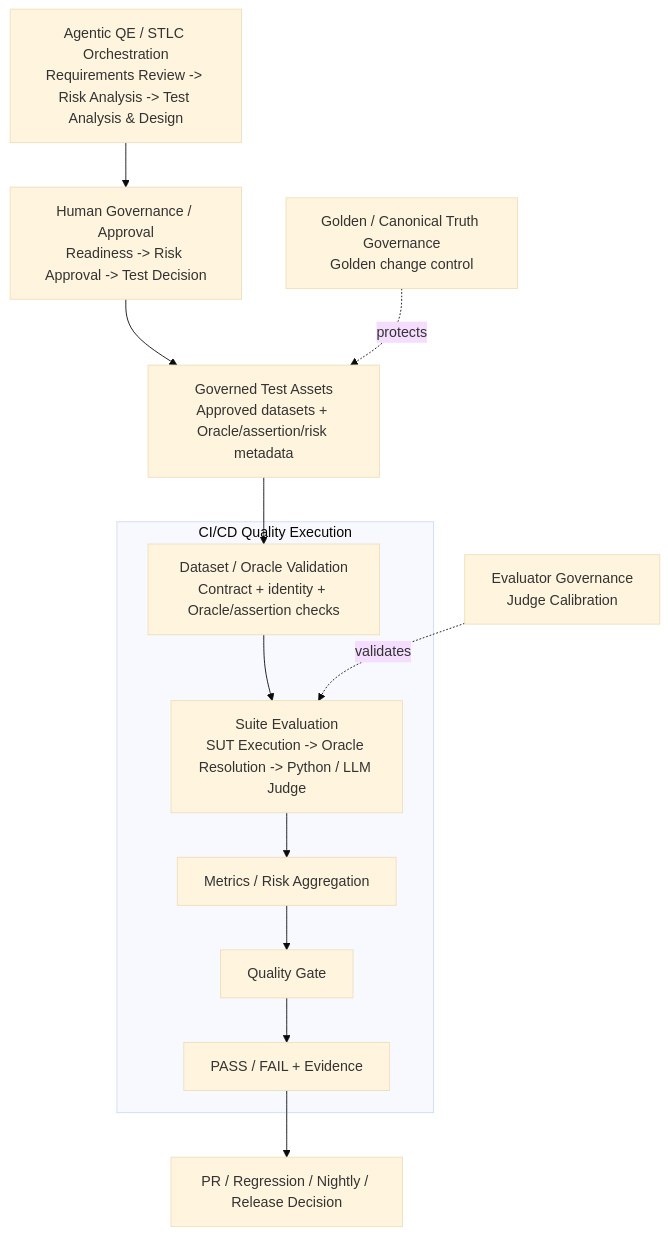
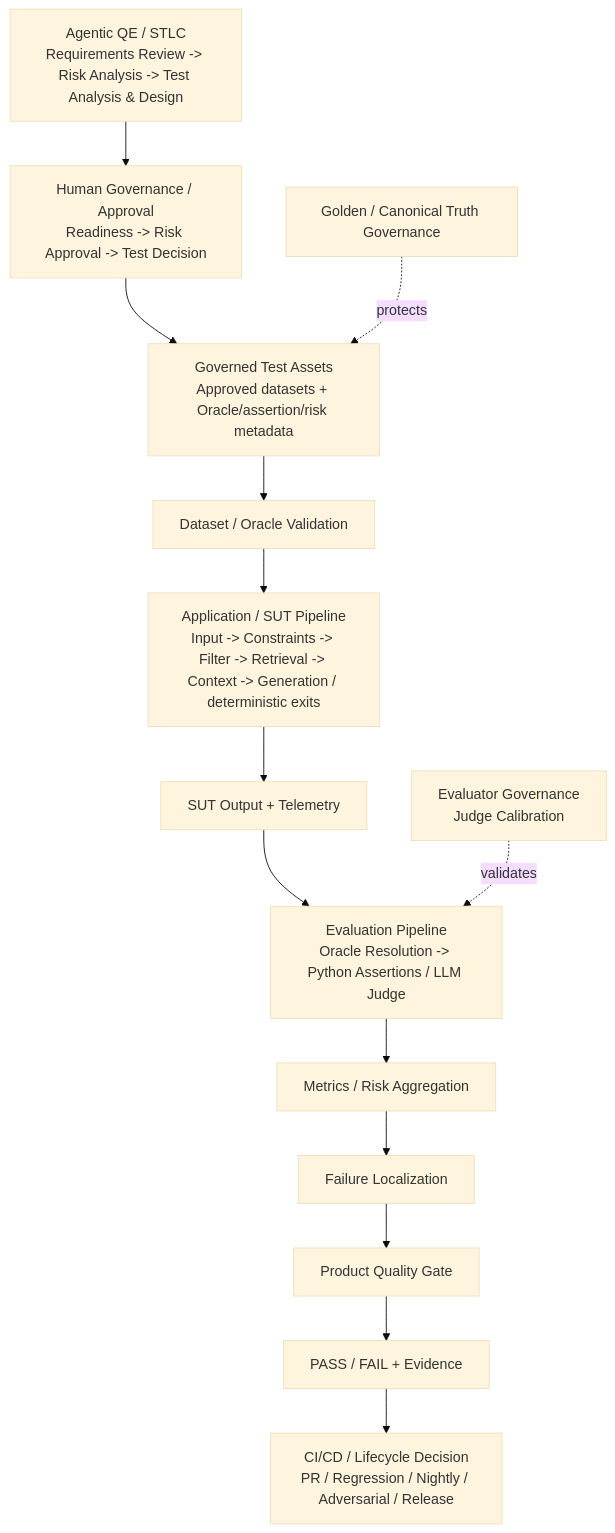
Before and after one commit to oleksandrserhieiev-beep/ai-qe-lab: the diagram in README.md, drawn with Mermaid (base theme). The commit also changed other lines of this file, not shown here.

Commit message:
Expose complete master architecture in README

````diff
--- a/README.md
+++ b/README.md
@@ -19,28 +19,24 @@
 ```mermaid
 flowchart TB
-    ORCH["Agentic QE / STLC Orchestration\nRequirements Review -> Risk Analysis -> Test Analysis & Design"]
+    ORCH["Agentic QE / STLC\nRequirements Review -> Risk Analysis -> Test Analysis & Design"]
     HGA["Human Governance / Approval\nReadiness -> Risk Approval -> Test Decision"]
     GTA["Governed Test Assets\nApproved datasets + Oracle/assertion/risk metadata"]
 
     ORCH --> HGA
     HGA --> GTA
 
-    subgraph CICD["CI/CD Quality Execution"]
-        VALID["Dataset / Oracle Validation\nContract + identity + Oracle/assertion checks"]
-        SUITE["Suite Evaluation\nSUT Execution -> Oracle Resolution -> Python / LLM Judge"]
-        MET["Metrics / Risk Aggregation"]
-        QG["Quality Gate"]
-        EVID["PASS / FAIL + Evidence"]
+    GGOV["Golden / Canonical Truth Governance"] -. protects .-> GTA
 
-        VALID --> SUITE
-        SUITE --> MET
-        MET --> QG
-        QG --> EVID
-    end
+    GTA --> VALID["Dataset / Oracle Validation"]
+    VALID --> SUT["Application / SUT Pipeline\nInput -> Constraints -> Filter -> Retrieval -> Context -> Generation / deterministic exits"]
+    SUT --> OUT["SUT Output + Telemetry"]
+    OUT --> EVAL["Evaluation Pipeline\nOracle Resolution -> Python Assertions / LLM Judge"]
 
-    GTA --> VALID
-    EVID --> DEC["PR / Regression / Nightly / Release Decision"]
+    EGOV["Evaluator Governance\nJudge Calibration"] -. validates .-> EVAL
 
-    EGOV["Evaluator Governance\nJudge Calibration"] -. validates .-> SUITE
-    GGOV["Golden / Canonical Truth Governance\nGolden change control"] -. protects .-> GTA
+    EVAL --> MET["Metrics / Risk Aggregation"]
+    MET --> LOC["Failure Localization"]
+    LOC --> QG["Product Quality Gate"]
+    QG --> EVID["PASS / FAIL + Evidence"]
+    EVID --> DEC["CI/CD / Lifecycle Decision\nPR / Regression / Nightly / Adversarial / Release"]
 ```
````
